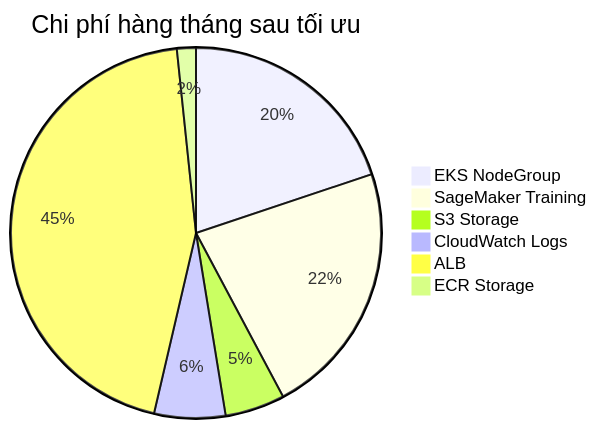
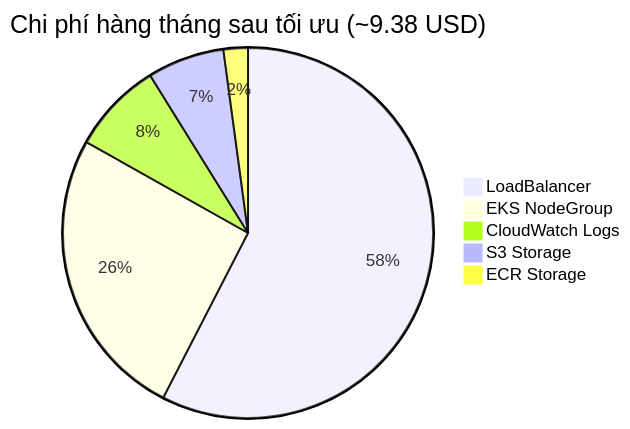
Before and after one commit to uit-ntn/aws-mlops-retail-prediction: the third of 3 diagrams in content/12-cost-&-teardown/_index.md, drawn with Mermaid. The commit also changed other lines of this file and 11 other files, not shown here.

```diff
--- a/content/12-cost-&-teardown/_index.md
+++ b/content/12-cost-&-teardown/_index.md
@@ -991,9 +947,8 @@
 {{< mermaid >}}
-pie title Chi phí hàng tháng sau tối ưu
+pie title Chi phí hàng tháng sau tối ưu (~9.38 USD)
+    "LoadBalancer" : 5.40
     "EKS NodeGroup" : 2.40
-    "SageMaker Training" : 2.70
+    "CloudWatch Logs" : 0.75
     "S3 Storage" : 0.63
-    "CloudWatch Logs" : 0.75
-    "ALB" : 5.40
     "ECR Storage" : 0.20
 {{< /mermaid >}}
```
